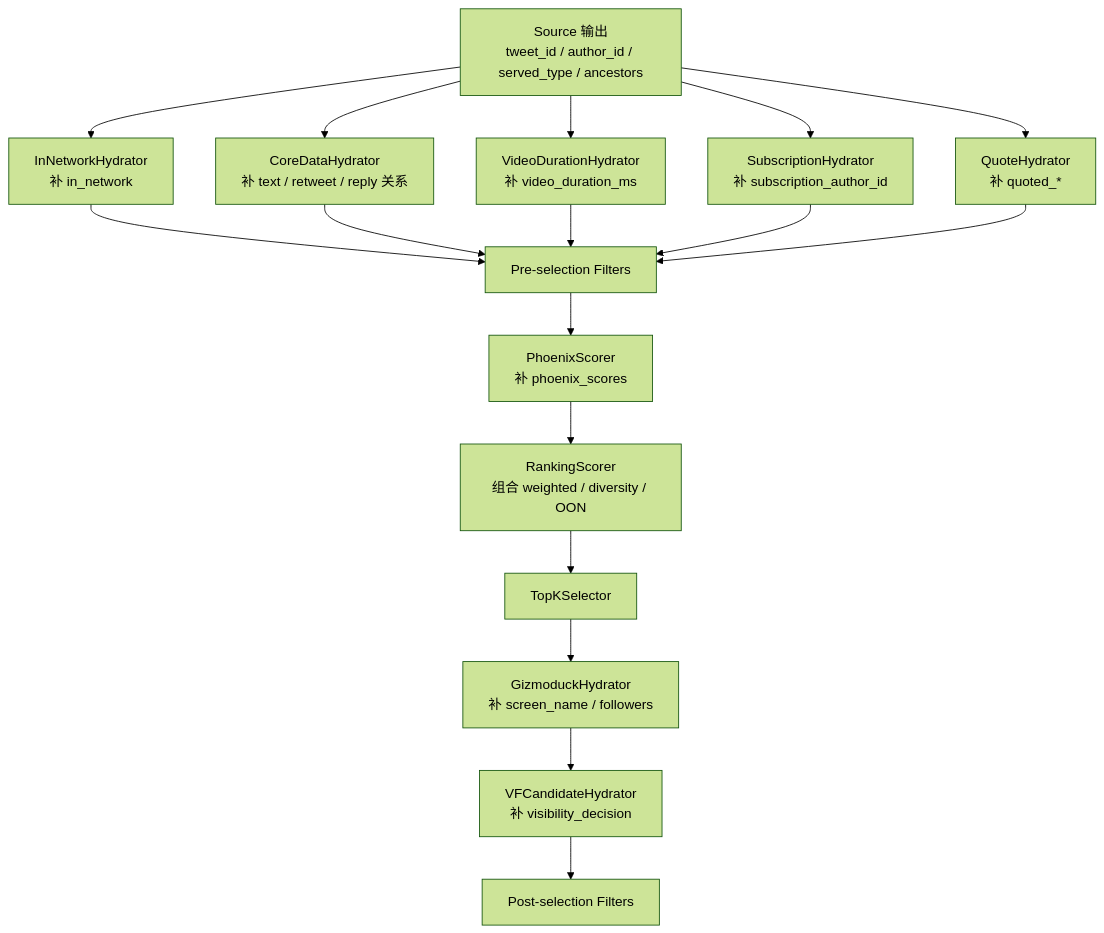
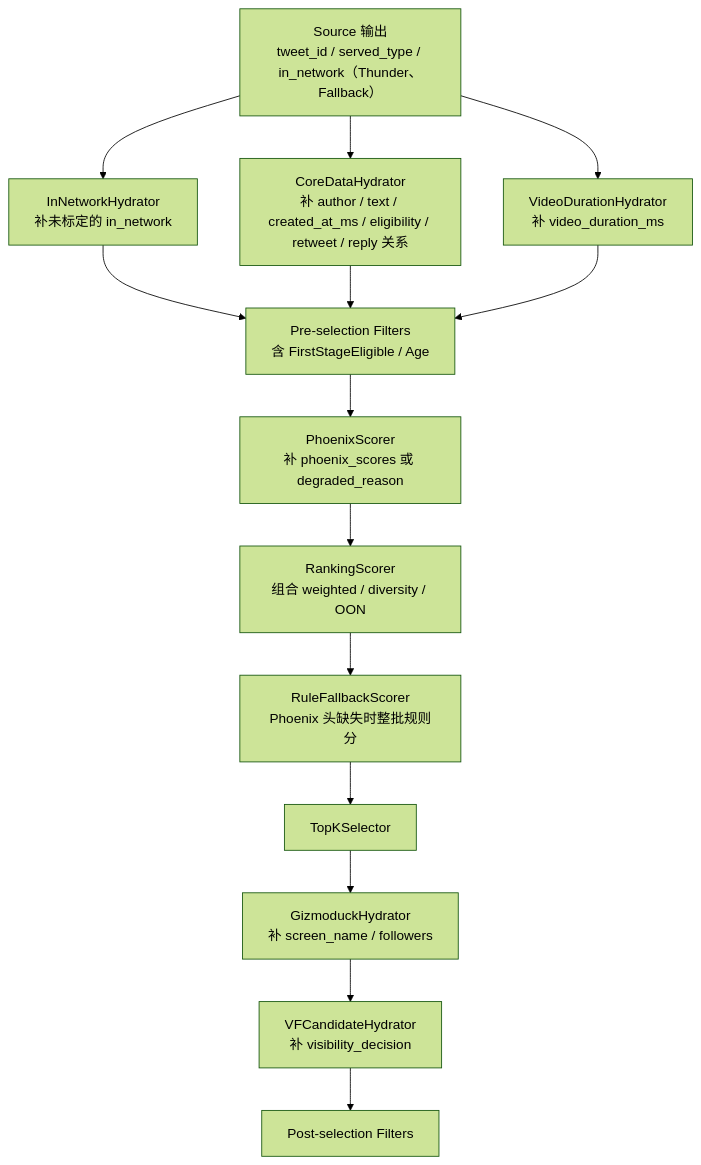
Before and after one commit to freefcw/x-algorithm: the second of 3 diagrams in docs/home-mixer/03-data-model-and-pipeline.md, drawn with Mermaid (forest theme). The commit also changed other lines of this file and 21 other files, not shown here.

````diff
--- a/docs/home-mixer/03-data-model-and-pipeline.md
+++ b/docs/home-mixer/03-data-model-and-pipeline.md
@@ -62,21 +65,18 @@
 ```mermaid
 flowchart TD
-    S["Source 输出<br/>tweet_id / author_id / served_type / ancestors"] --> H1["InNetworkHydrator<br/>补 in_network"]
-    S --> H2["CoreDataHydrator<br/>补 text / retweet / reply 关系"]
+    S["Source 输出<br/>tweet_id / served_type / in_network（Thunder、Fallback）"] --> H1["InNetworkHydrator<br/>补未标定的 in_network"]
+    S --> H2["CoreDataHydrator<br/>补 author / text / created_at_ms / eligibility / retweet / reply 关系"]
     S --> H3["VideoDurationHydrator<br/>补 video_duration_ms"]
-    S --> H4["SubscriptionHydrator<br/>补 subscription_author_id"]
-    S --> HQ["QuoteHydrator<br/>补 quoted_*"]
 
-    H1 --> F["Pre-selection Filters"]
+    H1 --> F["Pre-selection Filters<br/>含 FirstStageEligible / Age"]
     H2 --> F
     H3 --> F
-    H4 --> F
-    HQ --> F
 
-    F --> P["PhoenixScorer<br/>补 phoenix_scores"]
+    F --> P["PhoenixScorer<br/>补 phoenix_scores 或 degraded_reason"]
     P --> R["RankingScorer<br/>组合 weighted / diversity / OON"]
-    R --> SEL["TopKSelector"]
+    R --> RF["RuleFallbackScorer<br/>Phoenix 头缺失时整批规则分"]
+    RF --> SEL["TopKSelector"]
     SEL --> GIZ["GizmoduckHydrator<br/>补 screen_name / followers"]
     GIZ --> VFH["VFCandidateHydrator<br/>补 visibility_decision"]
     VFH --> PSEL["Post-selection Filters"]
 ```
````
